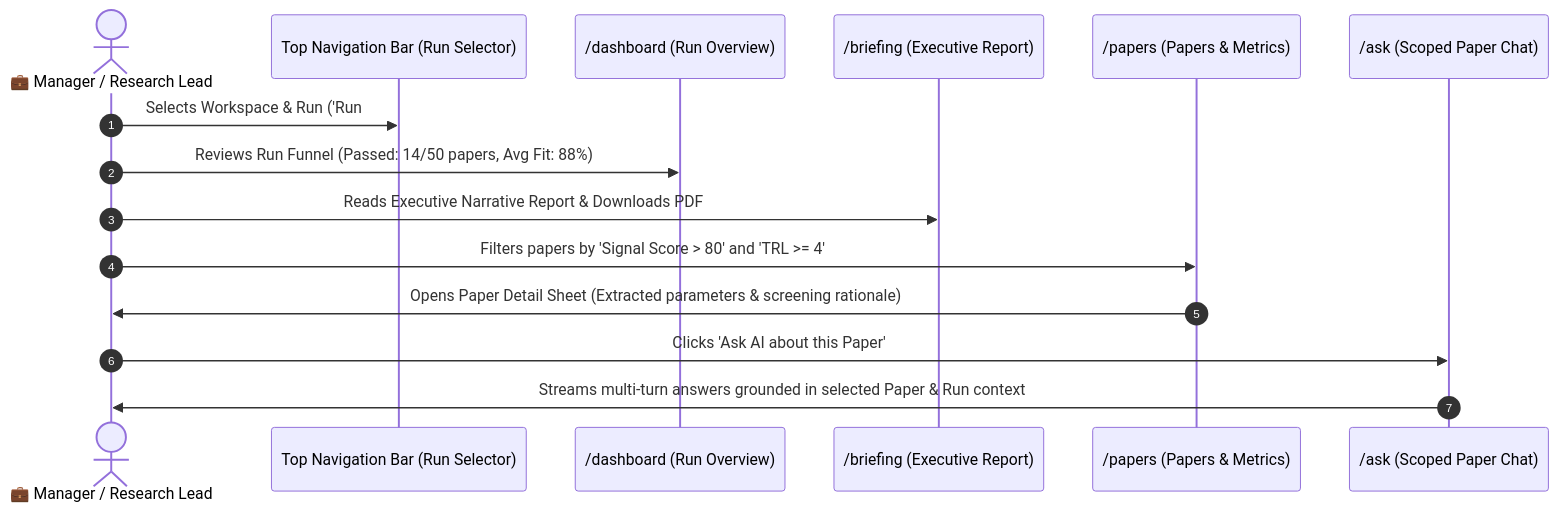
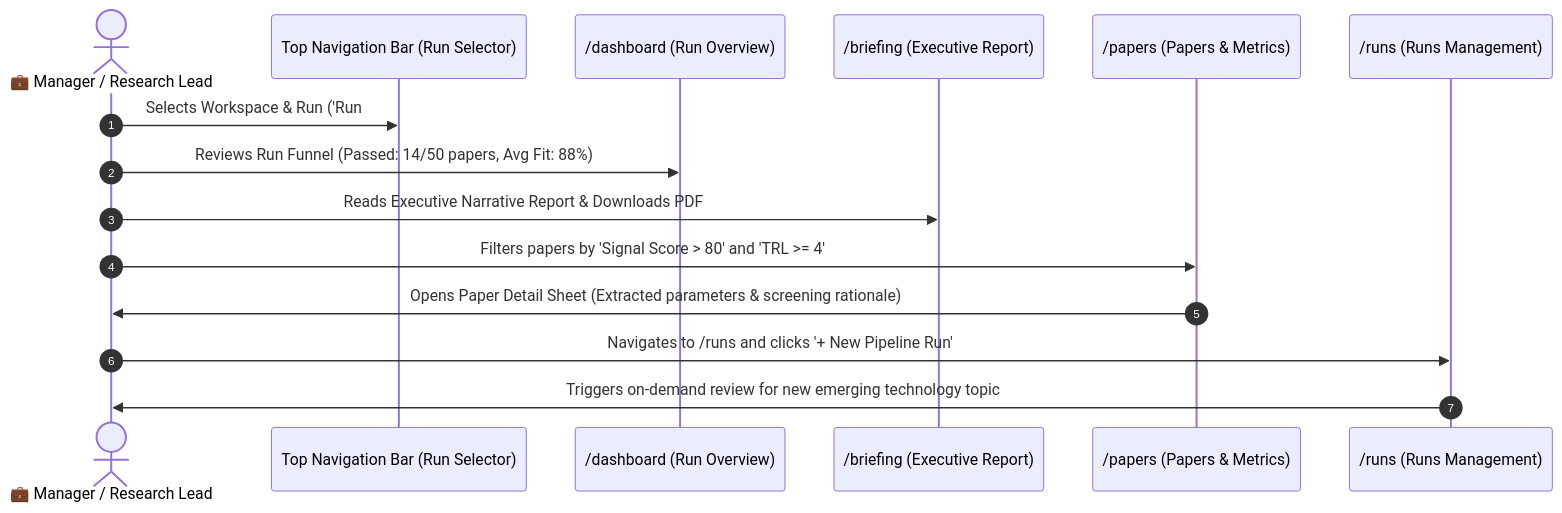
Before and after one commit to p4ku/research-intelligence: the second of 3 diagrams in docs/user_journeys/stage_2_user_journeys.md, drawn with Mermaid. The commit also changed other lines of this file, not shown here.

Commit message:
docs: add dedicated Researcher user journey and enforce strict role boundaries (read-only synthesis vs run orchestration)

````diff
--- a/docs/user_journeys/stage_2_user_journeys.md
+++ b/docs/user_journeys/stage_2_user_journeys.md
@@ -105,18 +122,18 @@
 ```mermaid
 sequenceDiagram
     autonumber
     actor Mgr as 💼 Manager / Research Lead
     participant TopBar as Top Navigation Bar (Run Selector)
     participant Overview as /dashboard (Run Overview)
     participant Briefing as /briefing (Executive Report)
     participant PapersUI as /papers (Papers & Metrics)
-    participant AskUI as /ask (Scoped Paper Chat)
+    participant RunsUI as /runs (Runs Management)
 
     Mgr->>TopBar: Selects Workspace & Run ('Run #12 - Q3 Deep Review')
     Mgr->>Overview: Reviews Run Funnel (Passed: 14/50 papers, Avg Fit: 88%)
     Mgr->>Briefing: Reads Executive Narrative Report & Downloads PDF
     Mgr->>PapersUI: Filters papers by 'Signal Score > 80' and 'TRL >= 4'
     PapersUI->>Mgr: Opens Paper Detail Sheet (Extracted parameters & screening rationale)
-    Mgr->>AskUI: Clicks 'Ask AI about this Paper'
-    AskUI->>Mgr: Streams multi-turn answers grounded in selected Paper & Run context
+    Mgr->>RunsUI: Navigates to /runs and clicks '+ New Pipeline Run'
+    RunsUI->>Mgr: Triggers on-demand review for new emerging technology topic
 ```
````
